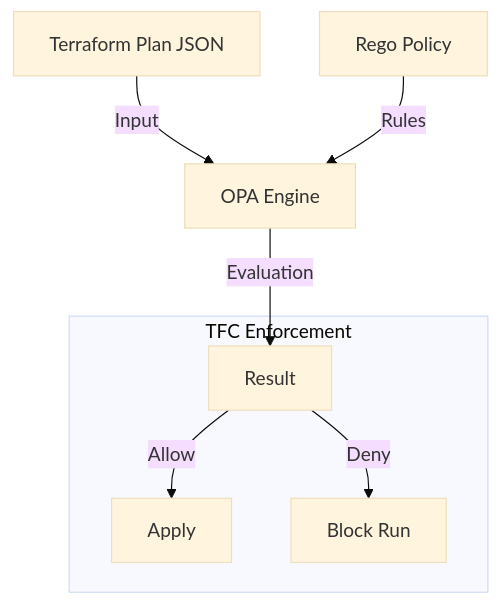
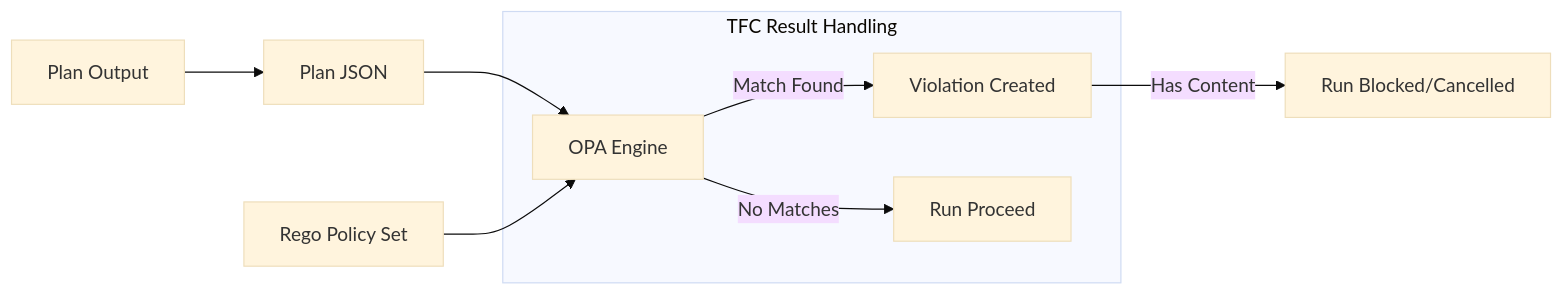
Before and after one commit to Ganil151/Devops: the diagram in 2-Intermediate/02-Phase-2/05-Configuration-Tools/01-Terraform/06-Terraform-Cloud/07-Policy-as-Code-OPA/README.md, drawn with Mermaid (base theme). The commit also changed other lines of this file and 48 other files, not shown here.

````diff
--- a/2-Intermediate/02-Phase-2/05-Configuration-Tools/01-Terraform/06-Terraform-Cloud/07-Policy-as-Code-OPA/README.md
+++ b/2-Intermediate/02-Phase-2/05-Configuration-Tools/01-Terraform/06-Terraform-Cloud/07-Policy-as-Code-OPA/README.md
@@ -22,12 +26,13 @@
 ```mermaid
-graph TD
-    Plan[Terraform Plan JSON] -->|Input| Engine[OPA Engine]
-    Rego[Rego Policy] -->|Rules| Engine
+graph LR
+    Plan[Plan Output] --> JSON[Plan JSON]
+    JSON --> Engine[OPA Engine]
+    Rego[Rego Policy Set] --> Engine
 
-Engine -->|Evaluation| Result
+    subgraph "TFC Result Handling"
+        Engine -->|Match Found| Deny[Violation Created]
+        Engine -->|No Matches| Pass[Run Proceed]
+    end
 
-subgraph "TFC Enforcement"
-        Result -->|Allow| Apply
-        Result -->|Deny| Block[Block Run]
-    end
+    Deny -->|Has Content| Block[Run Blocked/Cancelled]
 ```
````
